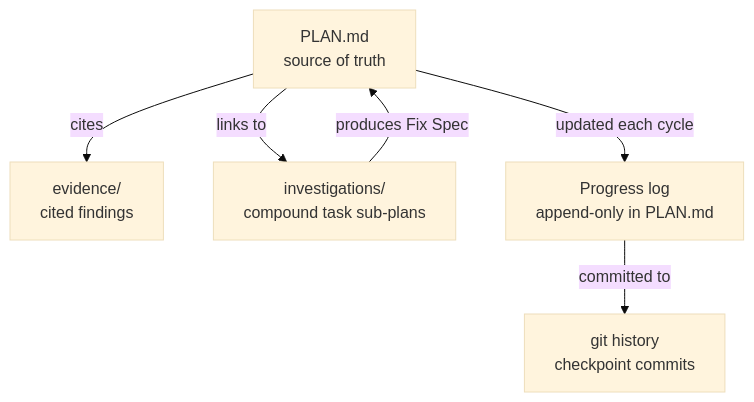
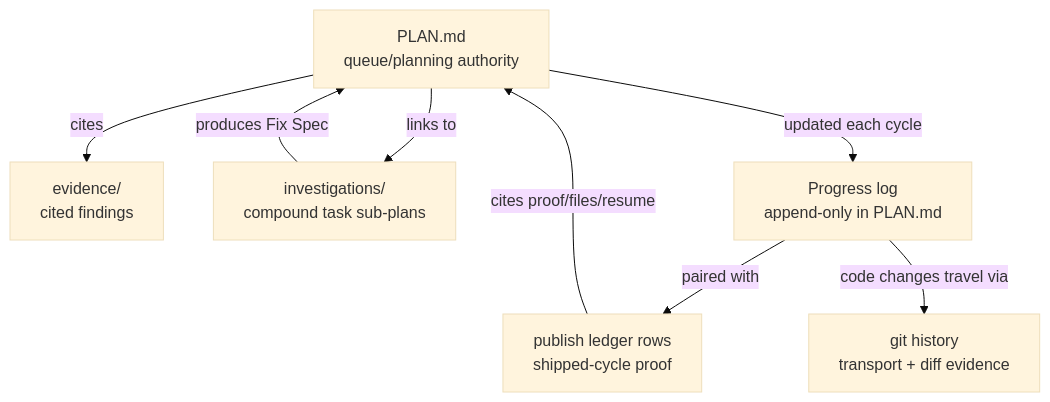
One commit to firstbitelabsllc/shadow changed the second of 2 diagrams in ARCHITECTURE.md. Above: the diagram before and after it, drawn with Mermaid (base theme). The commit also changed other lines of this file and 397 other files, not shown here.

````diff
--- a/ARCHITECTURE.md
+++ b/ARCHITECTURE.md
@@ -85,14 +85,17 @@
 ```mermaid
 flowchart TD
-    PLAN[PLAN.md<br/>source of truth]
+    PLAN[PLAN.md<br/>queue/planning authority]
+    LEDGER[publish ledger rows<br/>shipped-cycle proof]
     EV[evidence/<br/>cited findings]
     INV[investigations/<br/>compound task sub-plans]
     PROG[Progress log<br/>append-only in PLAN.md]
-    GIT[git history<br/>checkpoint commits]
+    GIT[git history<br/>transport + diff evidence]
 
     PLAN -->|cites| EV
     PLAN -->|links to| INV
     INV -->|produces Fix Spec| PLAN
     PLAN -->|updated each cycle| PROG
-    PROG -->|committed to| GIT
+    PROG -->|paired with| LEDGER
+    LEDGER -->|cites proof/files/resume| PLAN
+    PROG -->|code changes travel via| GIT
 ```
````
